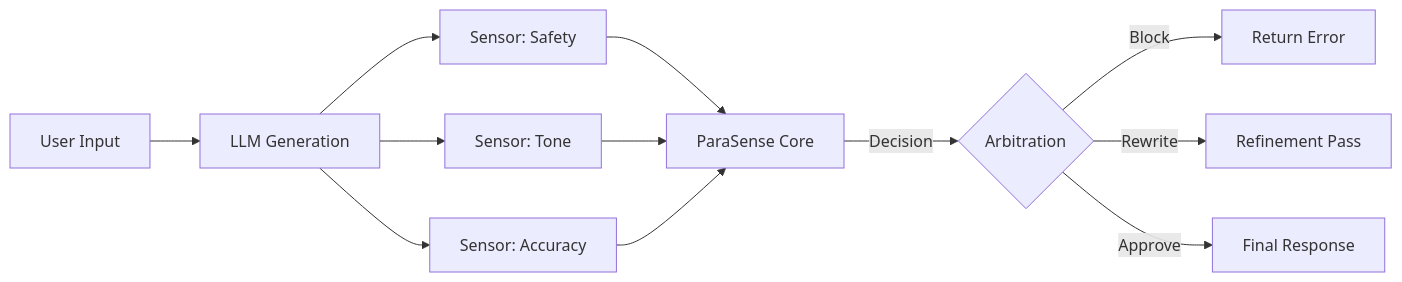
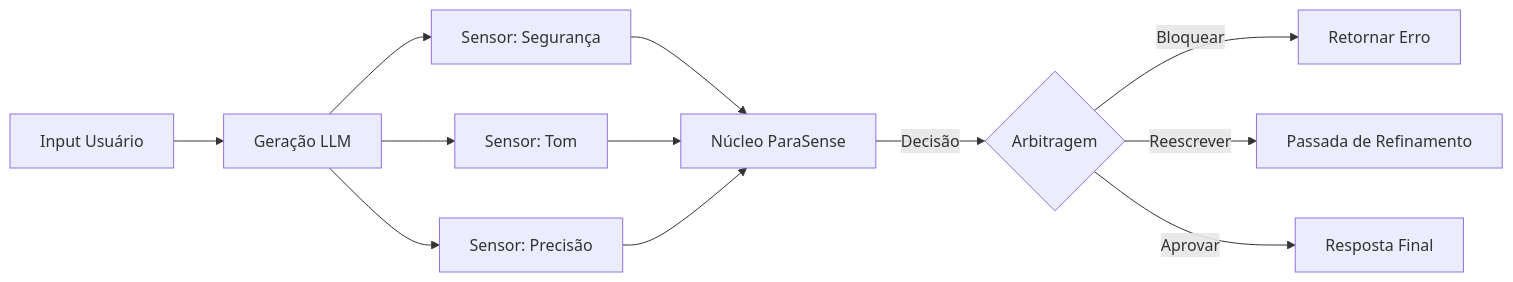
The diagram in llm-guardrails/README.md (PedroMerinoDev/parasense-cases), drawn with Mermaid before and after one commit. The commit also changed other lines of this file and 2 other files, not shown here.

````diff
--- a/llm-guardrails/README.md
+++ b/llm-guardrails/README.md
@@ -43,14 +43,14 @@
 ```mermaid
 graph LR
-    User[User Input] --> LLM[LLM Generation]
-    LLM --> S1[Sensor: Safety]
-    LLM --> S2[Sensor: Tone]
-    LLM --> S3[Sensor: Accuracy]
-    S1 --> Engine[ParaSense Core]
+    User[Input Usuário] --> LLM[Geração LLM]
+    LLM --> S1[Sensor: Segurança]
+    LLM --> S2[Sensor: Tom]
+    LLM --> S3[Sensor: Precisão]
+    S1 --> Engine[Núcleo ParaSense]
     S2 --> Engine
     S3 --> Engine
-    Engine -->|Decision| Action{Arbitration}
-    Action -->|Block| Error[Return Error]
-    Action -->|Rewrite| LLM2[Refinement Pass]
-    Action -->|Approve| Output[Final Response]
+    Engine -->|Decisão| Action{Arbitragem}
+    Action -->|Bloquear| Error[Retornar Erro]
+    Action -->|Reescrever| LLM2[Passada de Refinamento]
+    Action -->|Aprovar| Output[Resposta Final]
 ```
````
